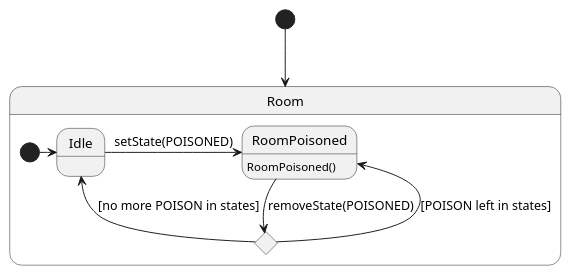
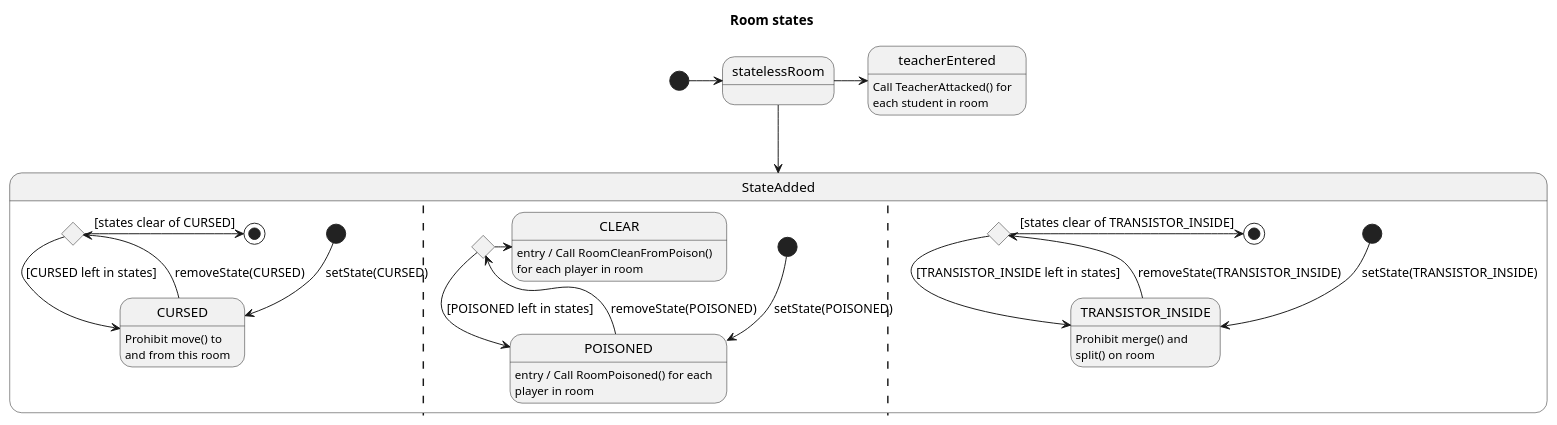
One commit to MBakter/echo changed the diagram in Reko/state_room.plantuml. Above: the diagram before and after it, drawn with PlantUML.

Commit message:
wip room state

```diff
--- a/Reko/state_room.plantuml
+++ b/Reko/state_room.plantuml
@@ -1,14 +1,39 @@
-@startuml
-    [*] --> Room
-State Room{
-[*] -> Idle
-Idle -> RoomPoisoned : setState(POISONED)
-state pC <<choice>>
-RoomPoisoned --> pC : removeState(POISONED)
-pC --> RoomPoisoned : [POISON left in states]
-pC --> Idle : [no more POISON in states]
-RoomPoisoned: RoomPoisoned()
+@startuml state_room
+title Room states
+[*] -> statelessRoom
+statelessRoom --> StateAdded
+State StateAdded{
+state cc <<choice>>
+[*] --> CURSED : setState(CURSED)
+CURSED : Prohibit move() to 
+CURSED : and from this room
+CURSED --> cc : removeState(CURSED)
+cc -> [*] : [states clear of CURSED]
+cc --> CURSED : [CURSED left in states]
 
 
+||
+state cp <<choice>>
+[*] --> POISONED : setState(POISONED)
+POISONED : entry / Call RoomPoisoned() for each
+POISONED : player in room
+POISONED --> cp : removeState(POISONED)
+cp -> CLEAR
+CLEAR : entry / Call RoomCleanFromPoison()
+CLEAR : for each player in room
+cp --> POISONED : [POISONED left in states]
+
+||
+state ct <<choice>>
+[*] --> TRANSISTOR_INSIDE : setState(TRANSISTOR_INSIDE)
+TRANSISTOR_INSIDE : Prohibit merge() and
+TRANSISTOR_INSIDE : split() on room
+TRANSISTOR_INSIDE --> ct : removeState(TRANSISTOR_INSIDE)
+ct -> [*] : [states clear of TRANSISTOR_INSIDE]
+ct --> TRANSISTOR_INSIDE : [TRANSISTOR_INSIDE left in states]
+
 }
+statelessRoom -> teacherEntered
+teacherEntered : Call TeacherAttacked() for
+teacherEntered : each student in room
 @enduml
```
